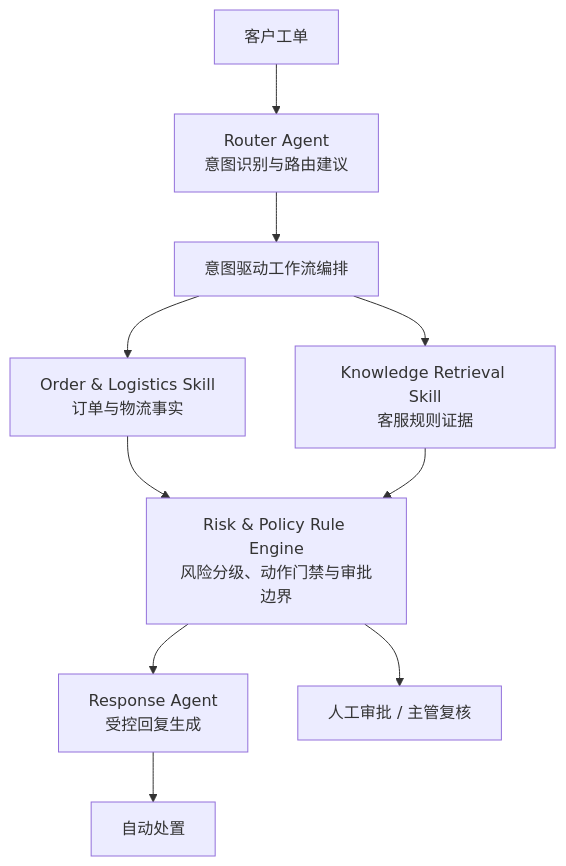
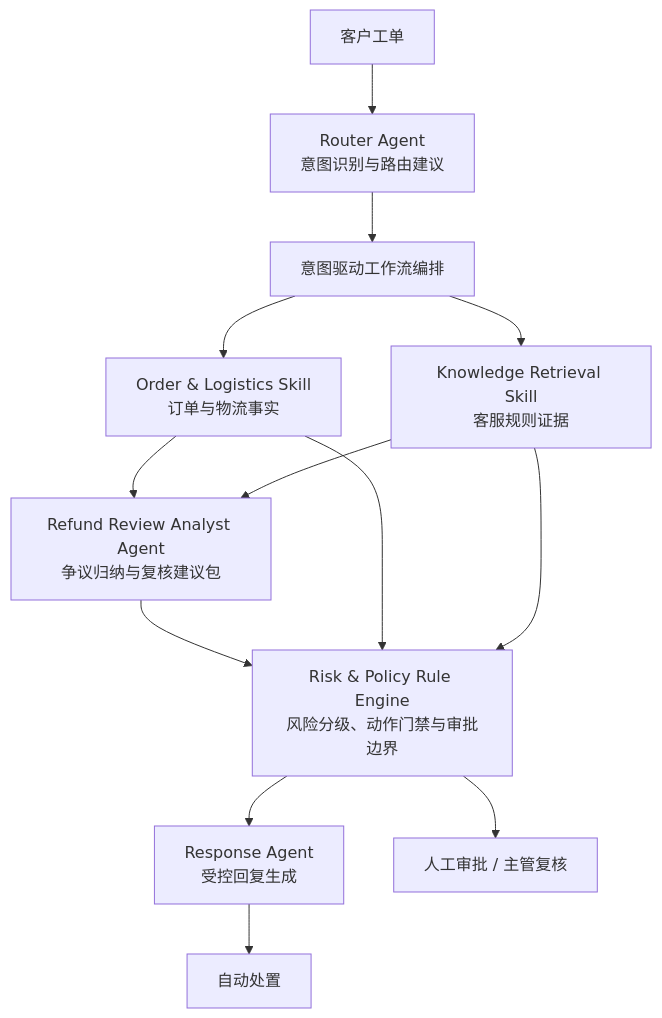
Before and after one commit to Heaven12499/resolve-flow: the diagram in README.md, drawn with Mermaid. The commit also changed other lines of this file and 7 other files, not shown here.

Commit message:
feat: add governed refund review workflow

````diff
--- a/README.md
+++ b/README.md
@@ -9,12 +9,15 @@
 ```mermaid
 flowchart TD
     Ticket[客户工单] --> Router[Router Agent<br/>意图识别与路由建议]
     Router --> Workflow[意图驱动工作流编排]
     Workflow --> Order[Order & Logistics Skill<br/>订单与物流事实]
     Workflow --> Knowledge[Knowledge Retrieval Skill<br/>客服规则证据]
-    Order --> Risk[Risk & Policy Rule Engine<br/>风险分级、动作门禁与审批边界]
+    Order --> Analyst[Refund Review Analyst Agent<br/>争议归纳与复核建议包]
+    Knowledge --> Analyst
+    Analyst --> Risk[Risk & Policy Rule Engine<br/>风险分级、动作门禁与审批边界]
+    Order --> Risk
     Knowledge --> Risk
     Risk --> Response[Response Agent<br/>受控回复生成]
     Response --> Auto[自动处置]
     Risk --> Approval[人工审批 / 主管复核]
 ```
````
